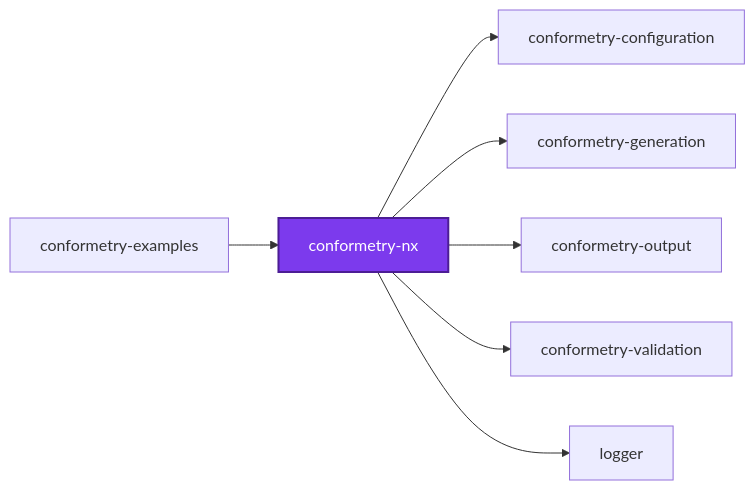
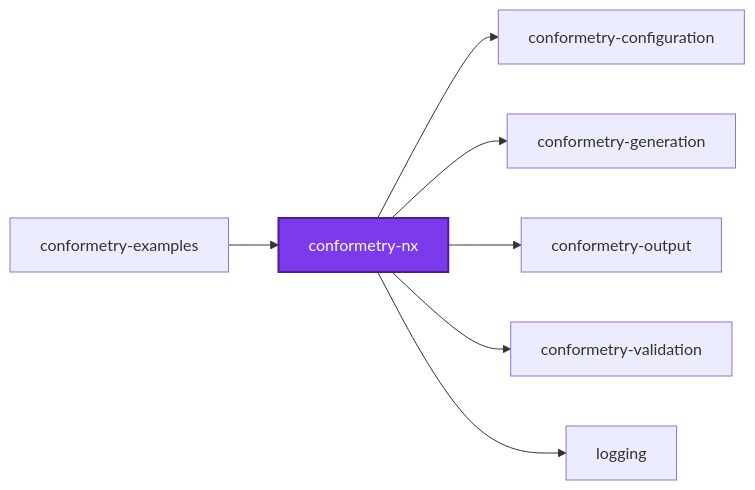
The first of 3 diagrams in packages/ic-suite/conformetry/conformetry-nx/README.md (Organizzolini/codebase), drawn with Mermaid before and after one commit. The commit also changed 30 other files, not shown here.

Commit message:
refactor(ic-suite): ♻️ rename the logger nx project and its name tag to logging

````diff
--- a/packages/ic-suite/conformetry/conformetry-nx/README.md
+++ b/packages/ic-suite/conformetry/conformetry-nx/README.md
@@ -412,18 +412,18 @@
 ```mermaid
 graph LR
   conformetry_configuration["conformetry-configuration"]
   conformetry_examples["conformetry-examples"]
   conformetry_generation["conformetry-generation"]
   conformetry_nx["conformetry-nx"]
   conformetry_output["conformetry-output"]
   conformetry_validation["conformetry-validation"]
-  logger["logger"]
+  logging["logging"]
   conformetry_examples --> conformetry_nx
   conformetry_nx --> conformetry_configuration
   conformetry_nx --> conformetry_generation
   conformetry_nx --> conformetry_output
   conformetry_nx --> conformetry_validation
-  conformetry_nx --> logger
+  conformetry_nx --> logging
   classDef subject fill:#7c3aed,color:#fff,stroke:#4c1d95,stroke-width:2px
   class conformetry_nx subject
 ```
````
